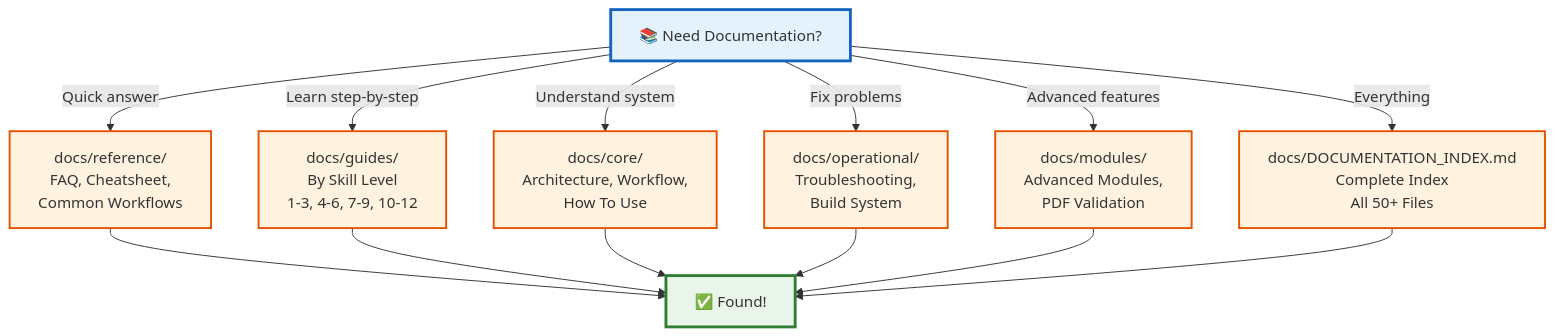
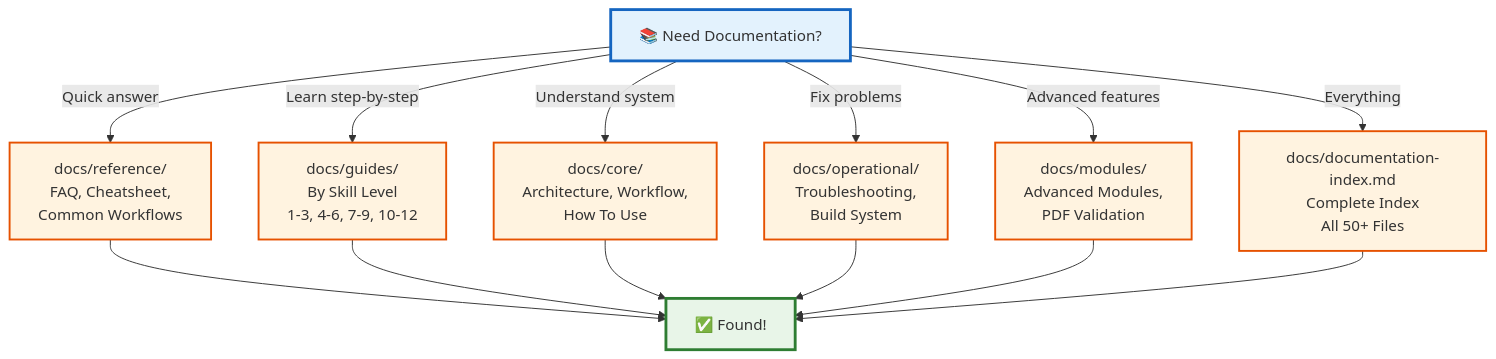
Before and after one commit to docxology/template: diagram 14 of 14 in README.md, drawn with Mermaid. The commit also changed other lines of this file and 899 other files, not shown here.

````diff
--- a/README.md
+++ b/README.md
@@ -1395,26 +1395,26 @@
 ```mermaid
 flowchart TD
     START[📚 Need Documentation?]
 
     START -->|Quick answer| QUICK[docs/reference/\nFAQ, Cheatsheet,\nCommon Workflows]
     START -->|Learn step-by-step| LEARN[docs/guides/\nBy Skill Level\n1-3, 4-6, 7-9, 10-12]
     START -->|Understand system| UNDERSTAND[docs/core/\nArchitecture, Workflow,\nHow To Use]
     START -->|Fix problems| FIX_PROB[docs/operational/\nTroubleshooting,\nBuild System]
     START -->|Advanced features| ADVANCED[docs/modules/\nAdvanced Modules,\nPDF Validation]
-    START -->|Everything| EVERYTHING[docs/DOCUMENTATION_INDEX.md\nComplete Index\nAll 50+ Files]
+    START -->|Everything| EVERYTHING[docs/documentation-index.md\nComplete Index\nAll 50+ Files]
 
     QUICK --> FOUND[✅ Found!]
     LEARN --> FOUND
     UNDERSTAND --> FOUND
     FIX_PROB --> FOUND
     ADVANCED --> FOUND
     EVERYTHING --> FOUND
 
     classDef start fill:#e3f2fd,stroke:#1565c0,stroke-width:3px
     classDef category fill:#fff3e0,stroke:#e65100,stroke-width:2px
     classDef found fill:#e8f5e8,stroke:#2e7d32,stroke-width:3px
 
     class START start
     class QUICK,LEARN,UNDERSTAND,FIX_PROB,ADVANCED,EVERYTHING category
     class FOUND found
 ```
````
